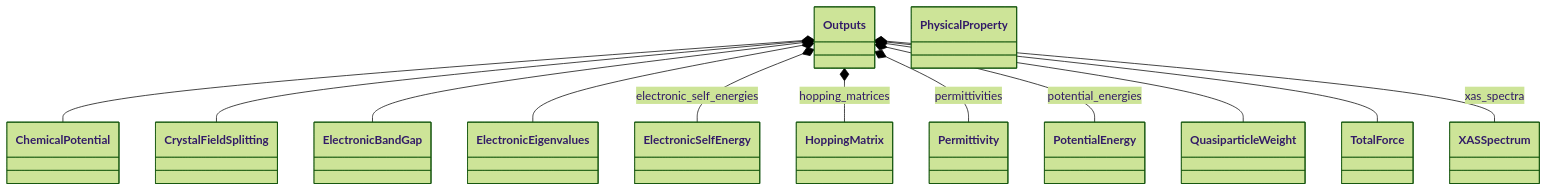
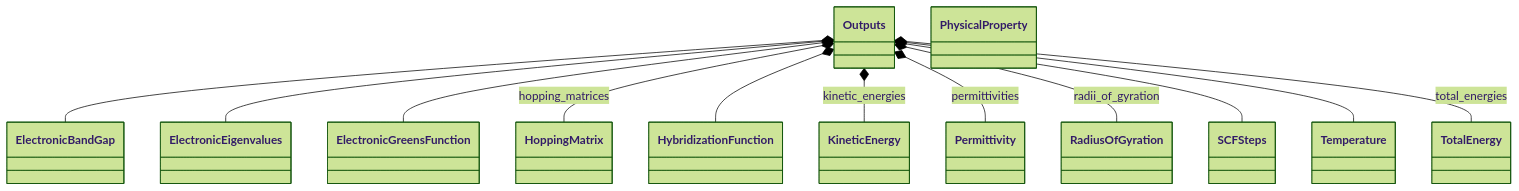
One commit to FAIRmat-NFDI/nomad-simulations changed the second of 2 diagrams in docs/schema/outputs.diagram.md. Above: the diagram before and after it, drawn with Mermaid (forest theme). The commit also changed other lines of this file and 36 other files, not shown here.

````diff
--- a/docs/schema/outputs.diagram.md
+++ b/docs/schema/outputs.diagram.md
@@ -54,27 +68,40 @@
 ```mermaid
 classDiagram
-    class ChemicalPotential
-    class CrystalFieldSplitting
-    class ElectronicBandGap
-    class ElectronicEigenvalues
-    class ElectronicSelfEnergy
-    class HoppingMatrix
-    class Outputs
-    class Permittivity
-    class PhysicalProperty
-    class PotentialEnergy
-    class QuasiparticleWeight
-    class TotalForce
-    class XASSpectrum
-    Outputs *-- ChemicalPotential
-    Outputs *-- CrystalFieldSplitting
+    class ElectronicBandGap {
+    }
+    class ElectronicEigenvalues {
+    }
+    class ElectronicGreensFunction {
+    }
+    class HoppingMatrix {
+    }
+    class HybridizationFunction {
+    }
+    class KineticEnergy {
+    }
+    class Outputs {
+    }
+    class Permittivity {
+    }
+    class PhysicalProperty {
+    }
+    class RadiusOfGyration {
+    }
+    class SCFSteps {
+    }
+    class Temperature {
+    }
+    class TotalEnergy {
+    }
     Outputs *-- ElectronicBandGap
     Outputs *-- ElectronicEigenvalues
-    Outputs *-- ElectronicSelfEnergy : electronic_self_energies
+    Outputs *-- ElectronicGreensFunction
     Outputs *-- HoppingMatrix : hopping_matrices
+    Outputs *-- HybridizationFunction
+    Outputs *-- KineticEnergy : kinetic_energies
     Outputs *-- Permittivity : permittivities
-    Outputs *-- PotentialEnergy : potential_energies
-    Outputs *-- QuasiparticleWeight
-    Outputs *-- TotalForce
-    Outputs *-- XASSpectrum : xas_spectra
+    Outputs *-- RadiusOfGyration : radii_of_gyration
+    Outputs *-- SCFSteps
+    Outputs *-- Temperature
+    Outputs *-- TotalEnergy : total_energies
 ```
````
